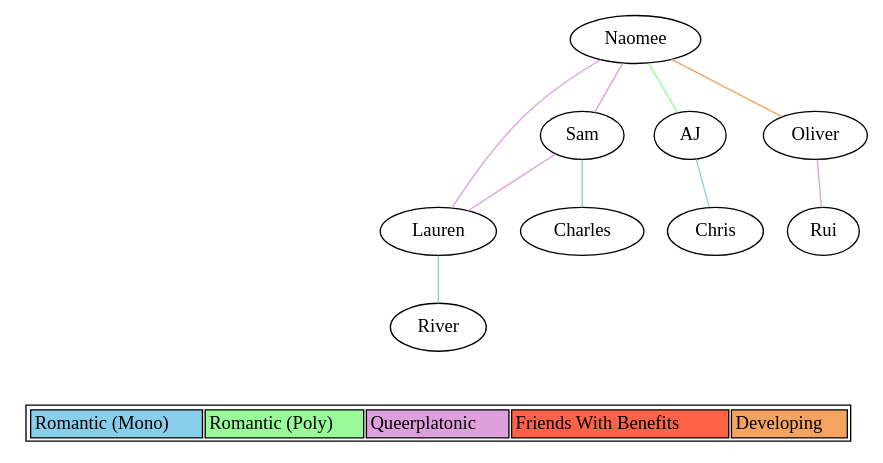
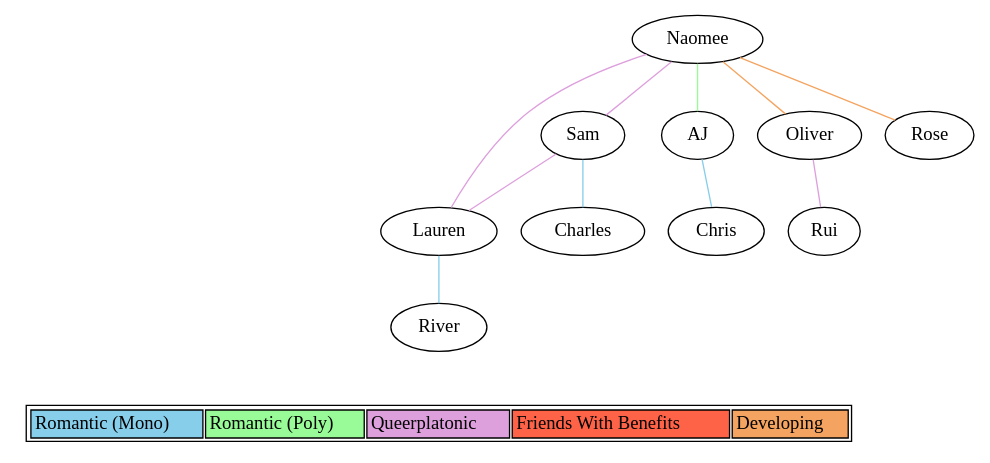
One commit to naeomees/CuddleCouncil changed the diagram in share/polycule.dot. Above: the diagram before and after it, drawn with Graphviz.

Commit message:
Added Rose [Developing].

```diff
--- a/share/polycule.dot
+++ b/share/polycule.dot
@@ -1,33 +1,35 @@
 graph polycule {
   naomee [label="Naomee"]
   sam [label="Sam"]
   lauren [label="Lauren"]
   charles [label="Charles"]
   river [label="River"]
   aj [label="AJ"]
   chris [label="Chris"]
   oliver [label="Oliver"]
   rui [label="Rui"]
+  rose [label="Rose"]
   naomee -- sam [color=plum]
   naomee -- lauren [color=plum]
   sam -- lauren [color=plum]
   sam -- charles [color=skyblue]
   lauren -- river [color=skyblue]
   naomee -- aj [color=palegreen]
   aj -- chris [color=skyblue]
   naomee -- oliver [color=sandybrown]
   oliver -- rui [color=plum]
+  naomee -- rose [color=sandybrown]
   { rank = sink;
     Legend [shape=none, label=<
       <table>
         <tr>
           <td class="relRomoMono" bgcolor="skyblue">Romantic (Mono)</td>
           <td class="relRomoPoly" bgcolor="palegreen">Romantic (Poly)</td>
           <td class="relQPR" bgcolor="plum">Queerplatonic</td>
           <td class="relFWB" bgcolor="tomato">Friends With Benefits</td>
           <td class="relDev" bgcolor="sandybrown">Developing</td>
         </tr>
       </table>
     >];
   }
 }
```
